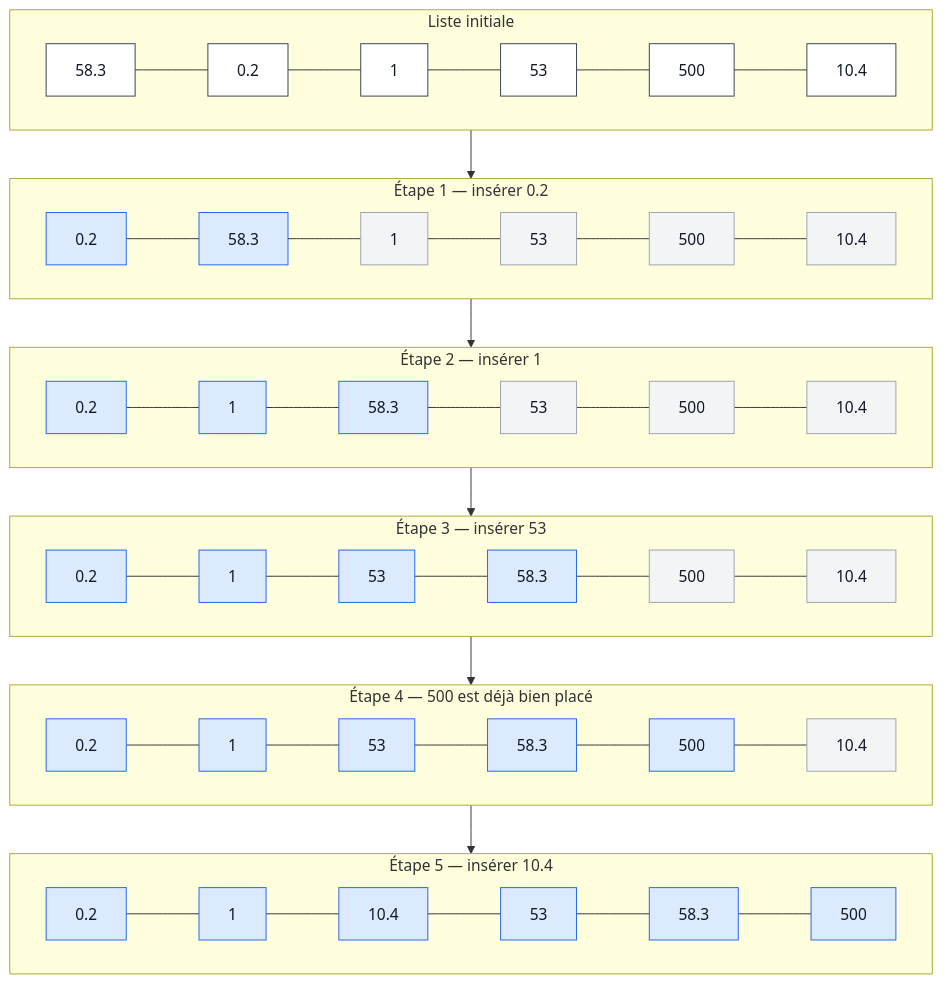
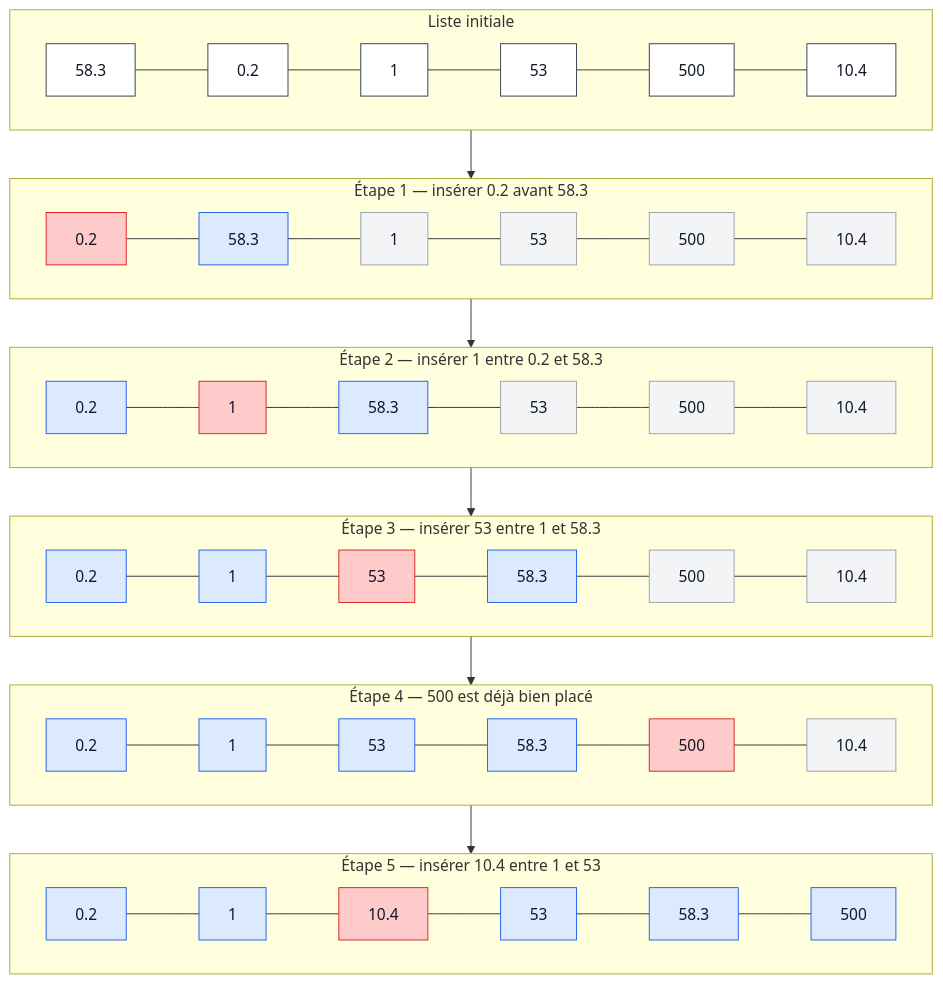
The second of 2 diagrams in cours.md (Ogust1-off/Informatique), drawn with Mermaid before and after one commit. The commit also changed other lines of this file, not shown here.

````diff
--- a/cours.md
+++ b/cours.md
@@ -881,38 +894,40 @@
 ```mermaid
 flowchart TB
+
     subgraph I0["Liste initiale"]
         direction LR
         A1["58.3"]:::normal --- A2["0.2"]:::normal --- A3["1"]:::normal --- A4["53"]:::normal --- A5["500"]:::normal --- A6["10.4"]:::normal
     end
 
-    subgraph I1["Étape 1 — insérer 0.2"]
+    subgraph I1["Étape 1 — insérer 0.2 avant 58.3"]
         direction LR
-        B1["0.2"]:::sorted --- B2["58.3"]:::sorted --- B3["1"]:::unsorted --- B4["53"]:::unsorted --- B5["500"]:::unsorted --- B6["10.4"]:::unsorted
+        B1["0.2"]:::selected --- B2["58.3"]:::sorted --- B3["1"]:::unsorted --- B4["53"]:::unsorted --- B5["500"]:::unsorted --- B6["10.4"]:::unsorted
     end
 
-    subgraph I2["Étape 2 — insérer 1"]
+    subgraph I2["Étape 2 — insérer 1 entre 0.2 et 58.3"]
         direction LR
-        C1["0.2"]:::sorted --- C2["1"]:::sorted --- C3["58.3"]:::sorted --- C4["53"]:::unsorted --- C5["500"]:::unsorted --- C6["10.4"]:::unsorted
+        C1["0.2"]:::sorted --- C2["1"]:::selected --- C3["58.3"]:::sorted --- C4["53"]:::unsorted --- C5["500"]:::unsorted --- C6["10.4"]:::unsorted
     end
 
-    subgraph I3["Étape 3 — insérer 53"]
+    subgraph I3["Étape 3 — insérer 53 entre 1 et 58.3"]
         direction LR
-        D1["0.2"]:::sorted --- D2["1"]:::sorted --- D3["53"]:::sorted --- D4["58.3"]:::sorted --- D5["500"]:::unsorted --- D6["10.4"]:::unsorted
+        D1["0.2"]:::sorted --- D2["1"]:::sorted --- D3["53"]:::selected --- D4["58.3"]:::sorted --- D5["500"]:::unsorted --- D6["10.4"]:::unsorted
     end
 
     subgraph I4["Étape 4 — 500 est déjà bien placé"]
         direction LR
-        E1["0.2"]:::sorted --- E2["1"]:::sorted --- E3["53"]:::sorted --- E4["58.3"]:::sorted --- E5["500"]:::sorted --- E6["10.4"]:::unsorted
+        E1["0.2"]:::sorted --- E2["1"]:::sorted --- E3["53"]:::sorted --- E4["58.3"]:::sorted --- E5["500"]:::selected --- E6["10.4"]:::unsorted
     end
 
-    subgraph I5["Étape 5 — insérer 10.4"]
+    subgraph I5["Étape 5 — insérer 10.4 entre 1 et 53"]
         direction LR
-        F1["0.2"]:::sorted --- F2["1"]:::sorted --- F3["10.4"]:::sorted --- F4["53"]:::sorted --- F5["58.3"]:::sorted --- F6["500"]:::sorted
+        F1["0.2"]:::sorted --- F2["1"]:::sorted --- F3["10.4"]:::selected --- F4["53"]:::sorted --- F5["58.3"]:::sorted --- F6["500"]:::sorted
     end
 
     I0 --> I1 --> I2 --> I3 --> I4 --> I5
 
     classDef normal fill:#ffffff,stroke:#374151,color:#111827;
     classDef sorted fill:#dbeafe,stroke:#2563eb,color:#111827;
+    classDef selected fill:#fecaca,stroke:#dc2626,color:#111827;
     classDef unsorted fill:#f3f4f6,stroke:#9ca3af,color:#111827;
 ```
````
